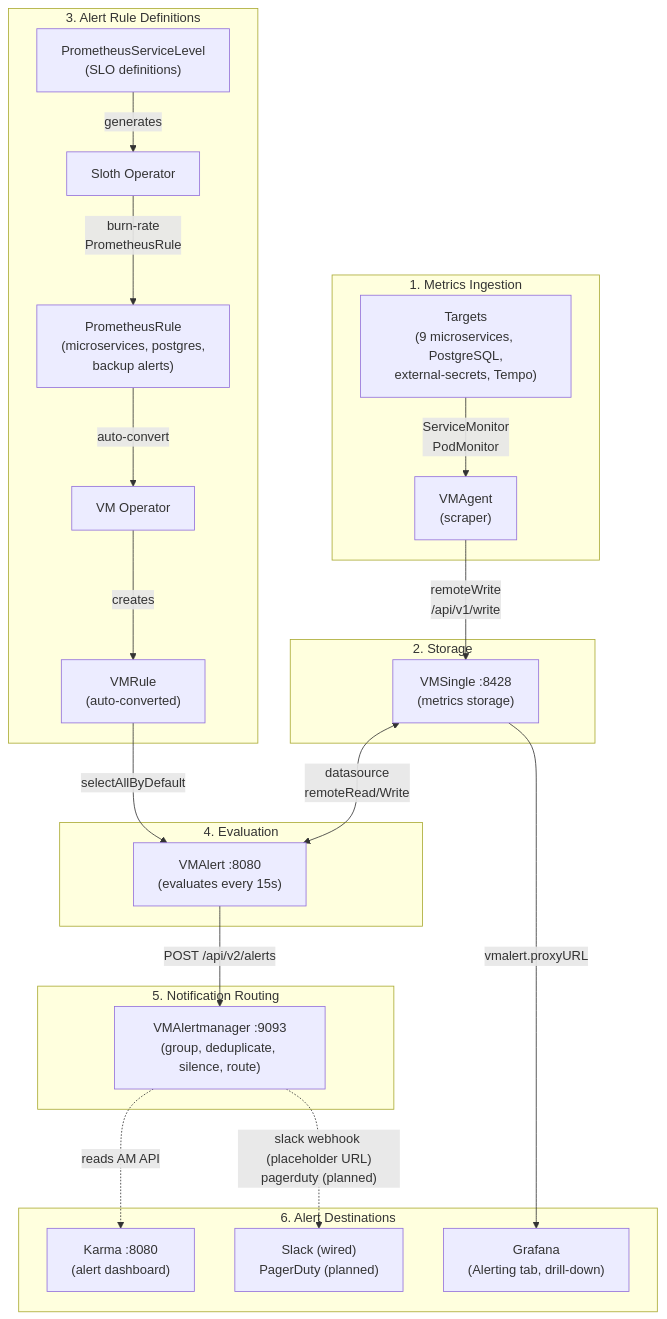
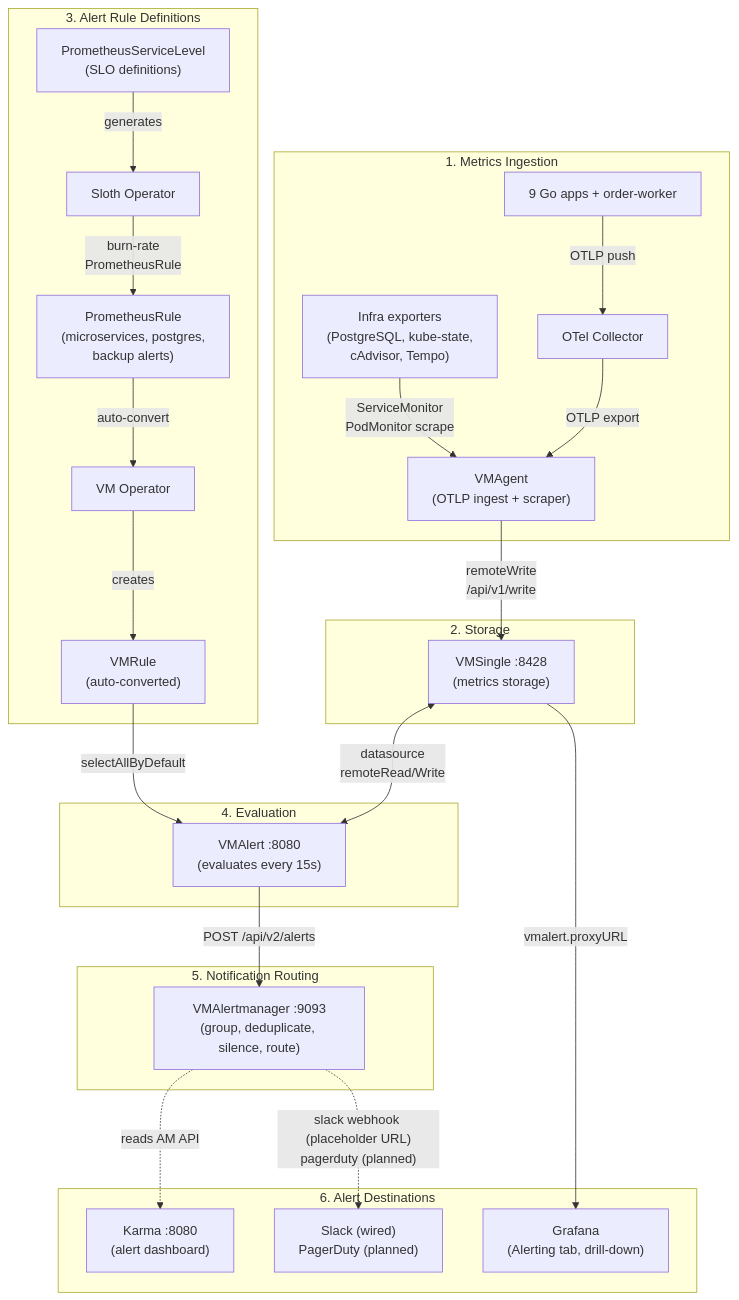
One commit to duynhlab/homelab changed the first of 3 diagrams in docs/observability/alerting/README.md. Above: the diagram before and after it, drawn with Mermaid. The commit also changed other lines of this file and 24 other files, not shown here.

````diff
--- a/docs/observability/alerting/README.md
+++ b/docs/observability/alerting/README.md
@@ -9,47 +9,51 @@
 ```mermaid
 flowchart TD
     subgraph ingestion ["1. Metrics Ingestion"]
-        Targets["Targets<br/>(9 microservices, PostgreSQL,<br/>external-secrets, Tempo)"]
-        VMAgent["VMAgent<br/>(scraper)"]
-        Targets -->|"ServiceMonitor<br/>PodMonitor"| VMAgent
+        Apps["9 Go apps + order-worker"]
+        Infra["Infra exporters<br/>(PostgreSQL, kube-state,<br/>cAdvisor, Tempo)"]
+        OTEL["OTel Collector"]
+        VMAgent["VMAgent<br/>(OTLP ingest + scraper)"]
+        Apps -->|"OTLP push"| OTEL
+        OTEL -->|"OTLP export"| VMAgent
+        Infra -->|"ServiceMonitor<br/>PodMonitor scrape"| VMAgent
     end
 
     subgraph storage ["2. Storage"]
         VMSingle["VMSingle :8428<br/>(metrics storage)"]
         VMAgent -->|"remoteWrite<br/>/api/v1/write"| VMSingle
     end
 
     subgraph rules ["3. Alert Rule Definitions"]
         PR["PrometheusRule<br/>(microservices, postgres,<br/>backup alerts)"]
         PSL["PrometheusServiceLevel<br/>(SLO definitions)"]
         Sloth["Sloth Operator"]
         VMOp["VM Operator"]
         VMRule["VMRule<br/>(auto-converted)"]
 
         PSL -->|generates| Sloth
         Sloth -->|"burn-rate<br/>PrometheusRule"| PR
         PR -->|auto-convert| VMOp
         VMOp -->|creates| VMRule
     end
 
     subgraph evaluation ["4. Evaluation"]
         VMAlert["VMAlert :8080<br/>(evaluates every 15s)"]
         VMRule -->|selectAllByDefault| VMAlert
         VMSingle <-->|"datasource<br/>remoteRead/Write"| VMAlert
     end
 
     subgraph notification ["5. Notification Routing"]
         VMAM["VMAlertmanager :9093<br/>(group, deduplicate, silence, route)"]
         VMAlert -->|"POST /api/v2/alerts"| VMAM
     end
 
     subgraph destinations ["6. Alert Destinations"]
         Karma["Karma :8080<br/>(alert dashboard)"]
         Grafana["Grafana<br/>(Alerting tab, drill-down)"]
         Slack["Slack (wired)<br/>PagerDuty (planned)"]
 
         VMAM -.->|"reads AM API"| Karma
         VMSingle -->|"vmalert.proxyURL"| Grafana
         VMAM -.->|"slack webhook (placeholder URL)<br/>pagerduty (planned)"| Slack
     end
 ```
````
